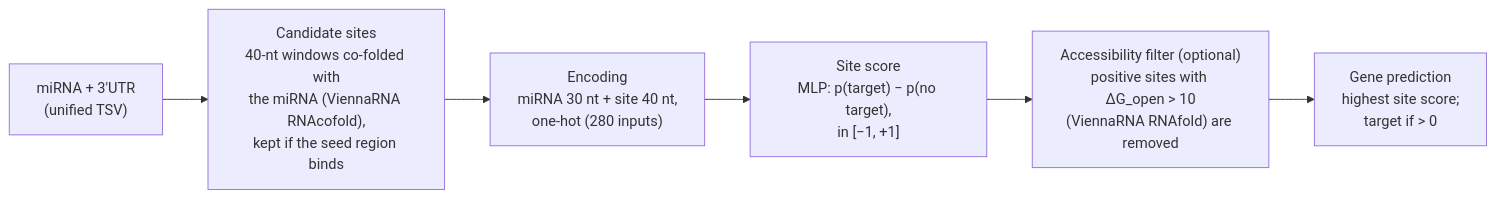
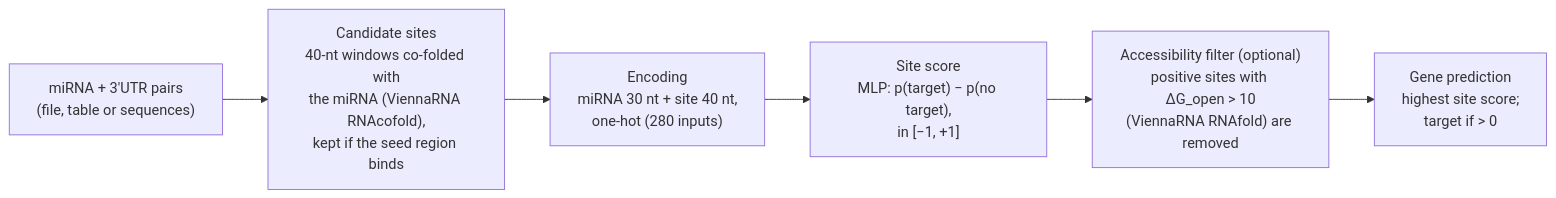
One commit to AlbertPlaPlanas/miraw changed the diagram in README.md. Above: the diagram before and after it, drawn with Mermaid. The commit also changed other lines of this file and 8 other files, not shown here.

````diff
--- a/README.md
+++ b/README.md
@@ -51,8 +55,8 @@
 ```mermaid
 flowchart LR
-    A["miRNA + 3'UTR<br/>(unified TSV)"] --> B["Candidate sites<br/>40-nt windows co-folded with<br/>the miRNA (ViennaRNA RNAcofold),<br/>kept if the seed region binds"]
+    A["miRNA + 3'UTR pairs<br/>(file, table or sequences)"] --> B["Candidate sites<br/>40-nt windows co-folded with<br/>the miRNA (ViennaRNA RNAcofold),<br/>kept if the seed region binds"]
     B --> C["Encoding<br/>miRNA 30 nt + site 40 nt,<br/>one-hot (280 inputs)"]
     C --> D["Site score<br/>MLP: p(target) − p(no target),<br/>in [−1, +1]"]
     D --> E["Accessibility filter (optional)<br/>positive sites with ΔG_open > 10<br/>(ViennaRNA RNAfold) are removed"]
     E --> F["Gene prediction<br/>highest site score;<br/>target if > 0"]
 ```
````
